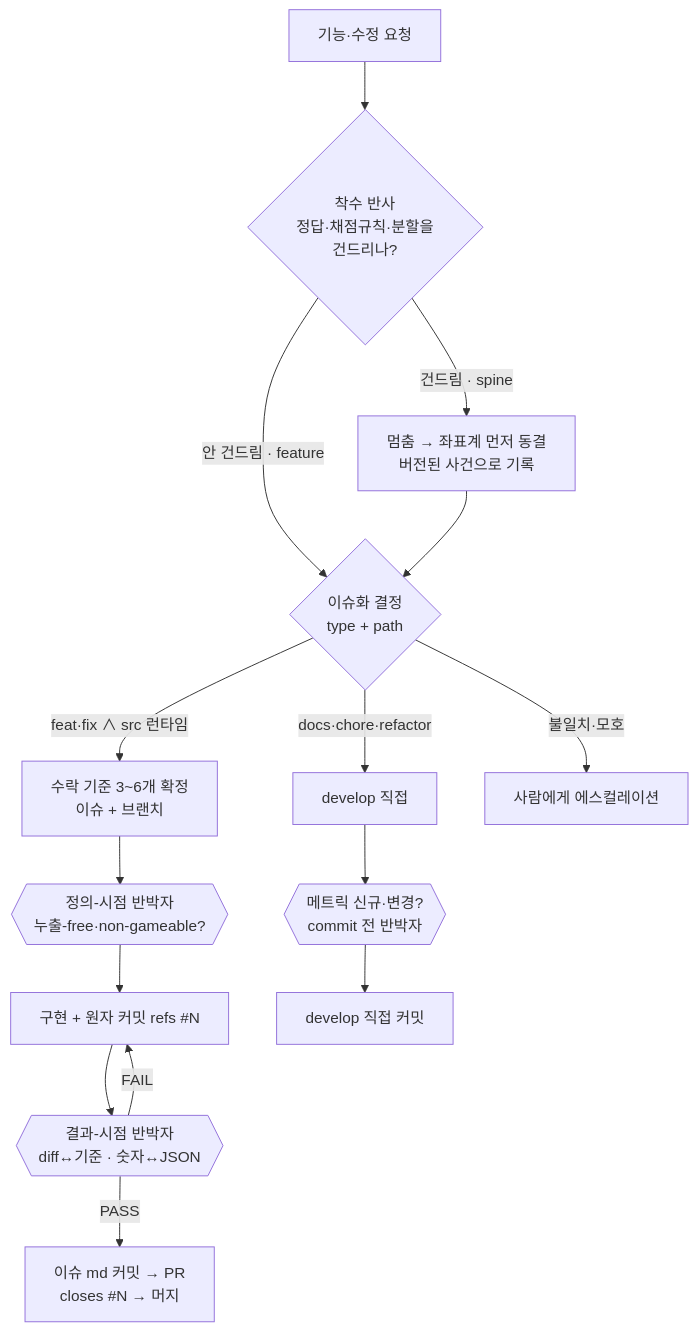
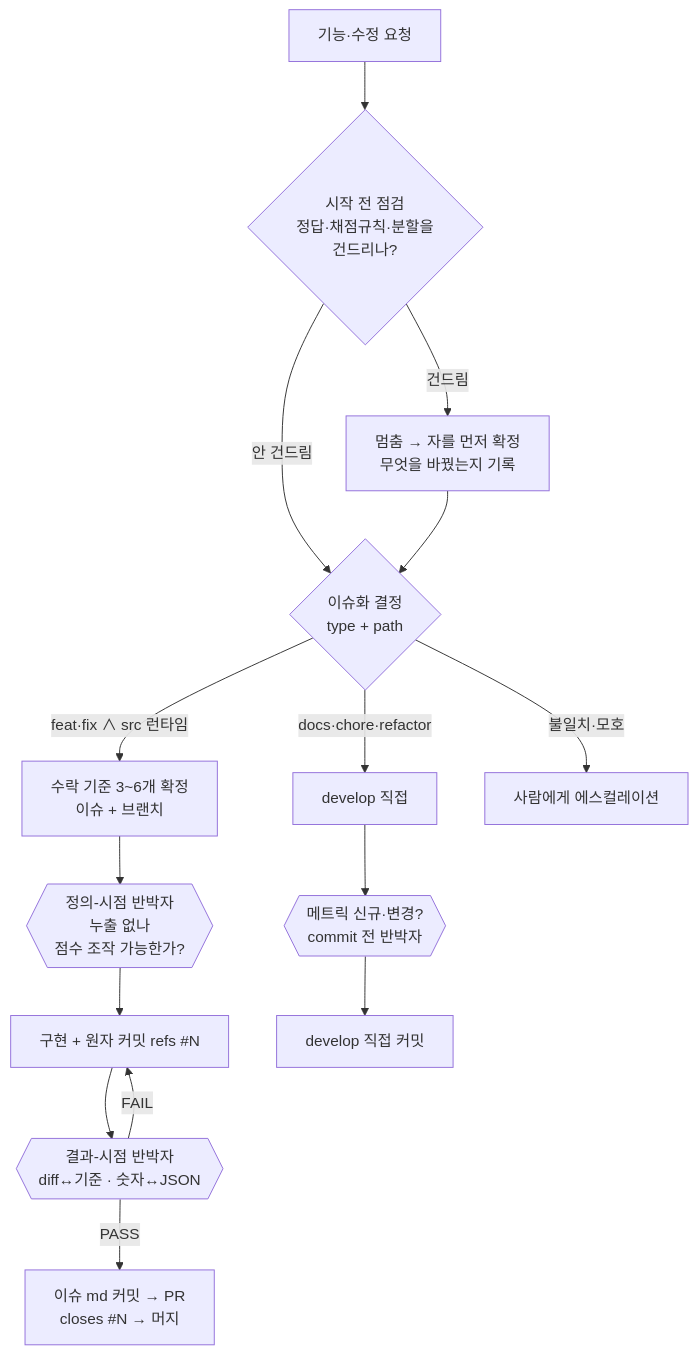
The diagram in CLAUDE.md (groovallstar/ner-pipeline-public), drawn with Mermaid before and after one commit. The commit also changed other lines of this file, not shown here.

````diff
--- a/CLAUDE.md
+++ b/CLAUDE.md
@@ -106,20 +110,20 @@
 ```mermaid
 flowchart TD
-    Req["기능·수정 요청"] --> Reflex{"착수 반사<br/>정답·채점규칙·분할을<br/>건드리나?"}
-    Reflex -->|"건드림 · spine"| Freeze["멈춤 → 좌표계 먼저 동결<br/>버전된 사건으로 기록"]
-    Reflex -->|"안 건드림 · feature"| Lane{"이슈화 결정<br/>type + path"}
+    Req["기능·수정 요청"] --> Reflex{"시작 전 점검<br/>정답·채점규칙·분할을<br/>건드리나?"}
+    Reflex -->|"건드림"| Freeze["멈춤 → 자를 먼저 확정<br/>무엇을 바꿨는지 기록"]
+    Reflex -->|"안 건드림"| Lane{"이슈화 결정<br/>type + path"}
     Freeze --> Lane
 
     Lane -->|"feat·fix ∧ src 런타임"| AC["수락 기준 3~6개 확정<br/>이슈 + 브랜치"]
     Lane -->|"docs·chore·refactor"| DL["develop 직접"]
     Lane -->|"불일치·모호"| Esc["사람에게 에스컬레이션"]
 
-    AC --> DefGate{{"정의-시점 반박자<br/>누출-free·non-gameable?"}}
+    AC --> DefGate{{"정의-시점 반박자<br/>누출 없나<br/>점수 조작 가능한가?"}}
     DefGate --> Build["구현 + 원자 커밋 refs #N"]
     Build --> ResGate{{"결과-시점 반박자<br/>diff↔기준 · 숫자↔JSON"}}
     ResGate -->|"FAIL"| Build
     ResGate -->|"PASS"| Merge["이슈 md 커밋 → PR<br/>closes #N → 머지"]
 
     DL --> MGate{{"메트릭 신규·변경?<br/>commit 전 반박자"}}
     MGate --> DC["develop 직접 커밋"]
 ```
````
